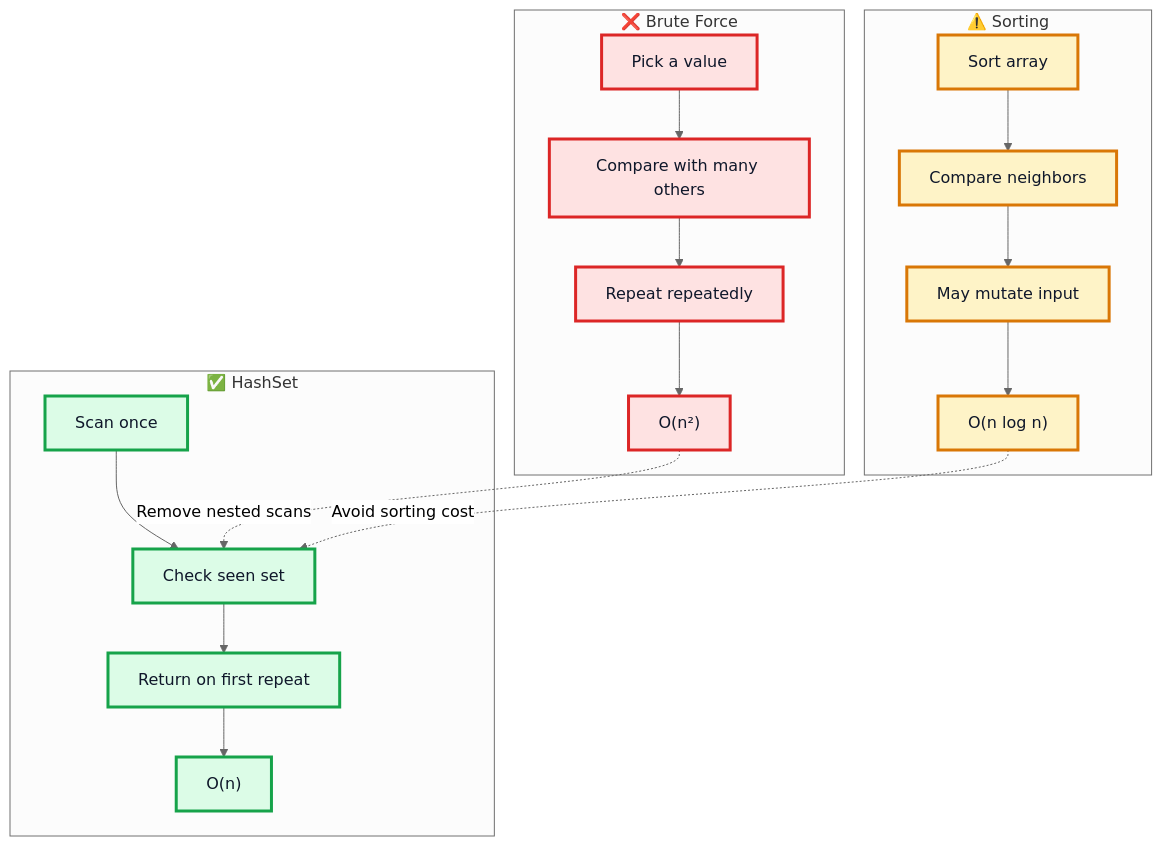
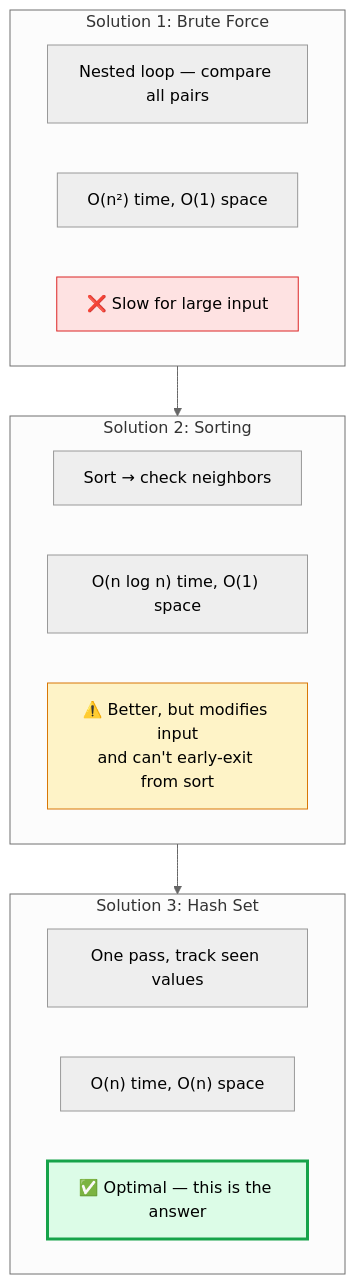
Diagram 13 of 13 in 02 - Contains Duplicate/README.md (M-F-Tushar/LeetCode-Problem-Solving), drawn with Mermaid (neutral theme) before and after one commit. The commit also changed other lines of this file, not shown here.

````diff
--- a/02 - Contains Duplicate/README.md
+++ b/02 - Contains Duplicate/README.md
@@ -535,38 +389,26 @@
 ```mermaid
 flowchart TB
-    subgraph Slow["❌ Brute Force"]
-        A1["Pick a value"]
-        A2["Compare with many others"]
-        A3["Repeat repeatedly"]
-        A4["O(n²)"]
+    subgraph BF["Solution 1: Brute Force"]
+        BF1["Nested loop — compare all pairs"]
+        BF2["O(n²) time, O(1) space"]
+        BF3["❌ Slow for large input"]
     end
 
-    subgraph Medium["⚠️ Sorting"]
-        B1["Sort array"]
-        B2["Compare neighbors"]
-        B3["May mutate input"]
-        B4["O(n log n)"]
+    subgraph SO["Solution 2: Sorting"]
+        SO1["Sort → check neighbors"]
+        SO2["O(n log n) time, O(1) space"]
+        SO3["⚠️ Better, but modifies input\nand can't early-exit from sort"]
     end
 
-    subgraph Fast["✅ HashSet"]
-        C1["Scan once"]
-        C2["Check seen set"]
-        C3["Return on first repeat"]
-        C4["O(n)"]
+    subgraph HS["Solution 3: Hash Set"]
+        HS1["One pass, track seen values"]
+        HS2["O(n) time, O(n) space"]
+        HS3["✅ Optimal — this is the answer"]
     end
 
-    A1 --> A2 --> A3 --> A4
-    B1 --> B2 --> B3 --> B4
-    C1 --> C2 --> C3 --> C4
+    BF --> SO --> HS
 
-    A4 -. "Remove nested scans" .-> C2
-    B4 -. "Avoid sorting cost" .-> C2
-
-    classDef slow fill:#fee2e2,stroke:#dc2626,stroke-width:3px,color:#0f172a;
-    classDef medium fill:#fef3c7,stroke:#d97706,stroke-width:3px,color:#0f172a;
-    classDef fast fill:#dcfce7,stroke:#16a34a,stroke-width:3px,color:#0f172a;
-
-    class A1,A2,A3,A4 slow;
-    class B1,B2,B3,B4 medium;
-    class C1,C2,C3,C4 fast;
+    style BF3 fill:#fee2e2,stroke:#dc2626
+    style SO3 fill:#fef3c7,stroke:#d97706
+    style HS3 fill:#dcfce7,stroke:#16a34a,stroke-width:3px
 ```
````
